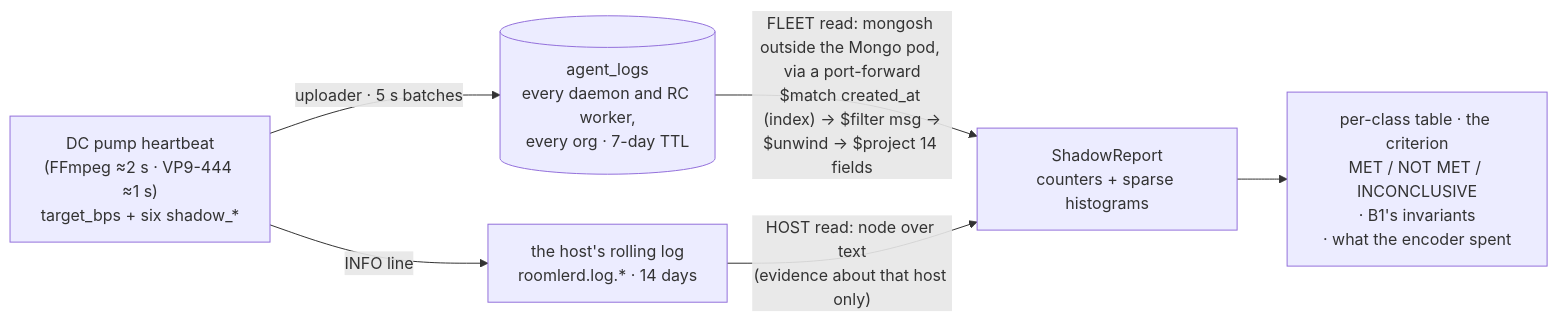
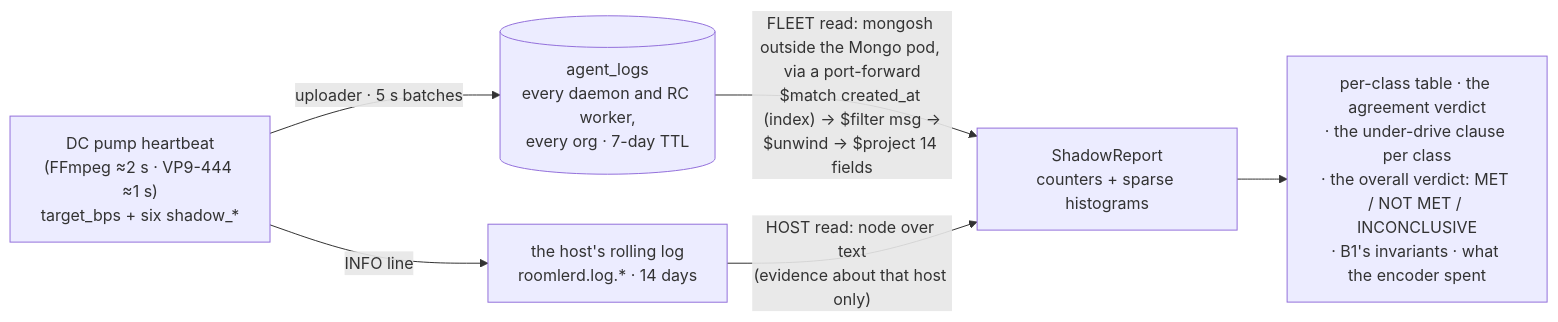
Before and after one commit to gjovanov/roomler-ai: the eighth of 10 diagrams in docs/rate-control.md, drawn with Mermaid. The commit also changed other lines of this file and 4 other files, not shown here.

````diff
--- a/docs/rate-control.md
+++ b/docs/rate-control.md
@@ -1076,8 +1084,8 @@
 ```mermaid
 flowchart LR
     HB["DC pump heartbeat<br/>(FFmpeg ≈2 s · VP9-444 ≈1 s)<br/>target_bps + six shadow_*"] -->|"INFO line"| DISK["the host's rolling log<br/>roomlerd.log.* · 14 days"]
     HB -->|"uploader · 5 s batches"| AL[("agent_logs<br/>every daemon and RC worker,<br/>every org · 7-day TTL")]
     AL -->|"FLEET read: mongosh outside the Mongo pod, via a port-forward<br/>$match created_at (index) → $filter msg →<br/>$unwind → $project 14 fields"| CORE["ShadowReport<br/>counters + sparse histograms"]
     DISK -->|"HOST read: node over text<br/>(evidence about that host only)"| CORE
-    CORE --> OUT["per-class table · the criterion<br/>MET / NOT MET / INCONCLUSIVE<br/>· B1's invariants<br/>· what the encoder spent"]
+    CORE --> OUT["per-class table · the agreement verdict<br/>· the under-drive clause per class<br/>· the overall verdict: MET / NOT MET / INCONCLUSIVE<br/>· B1's invariants · what the encoder spent"]
 ```
````
